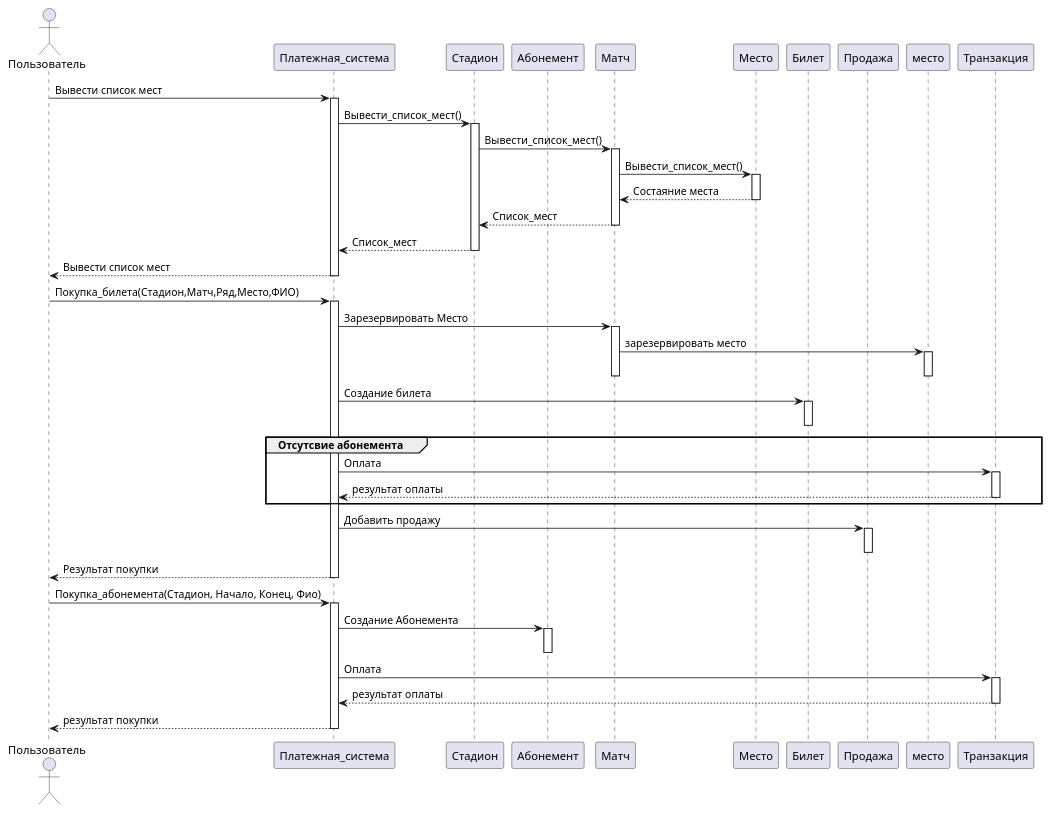
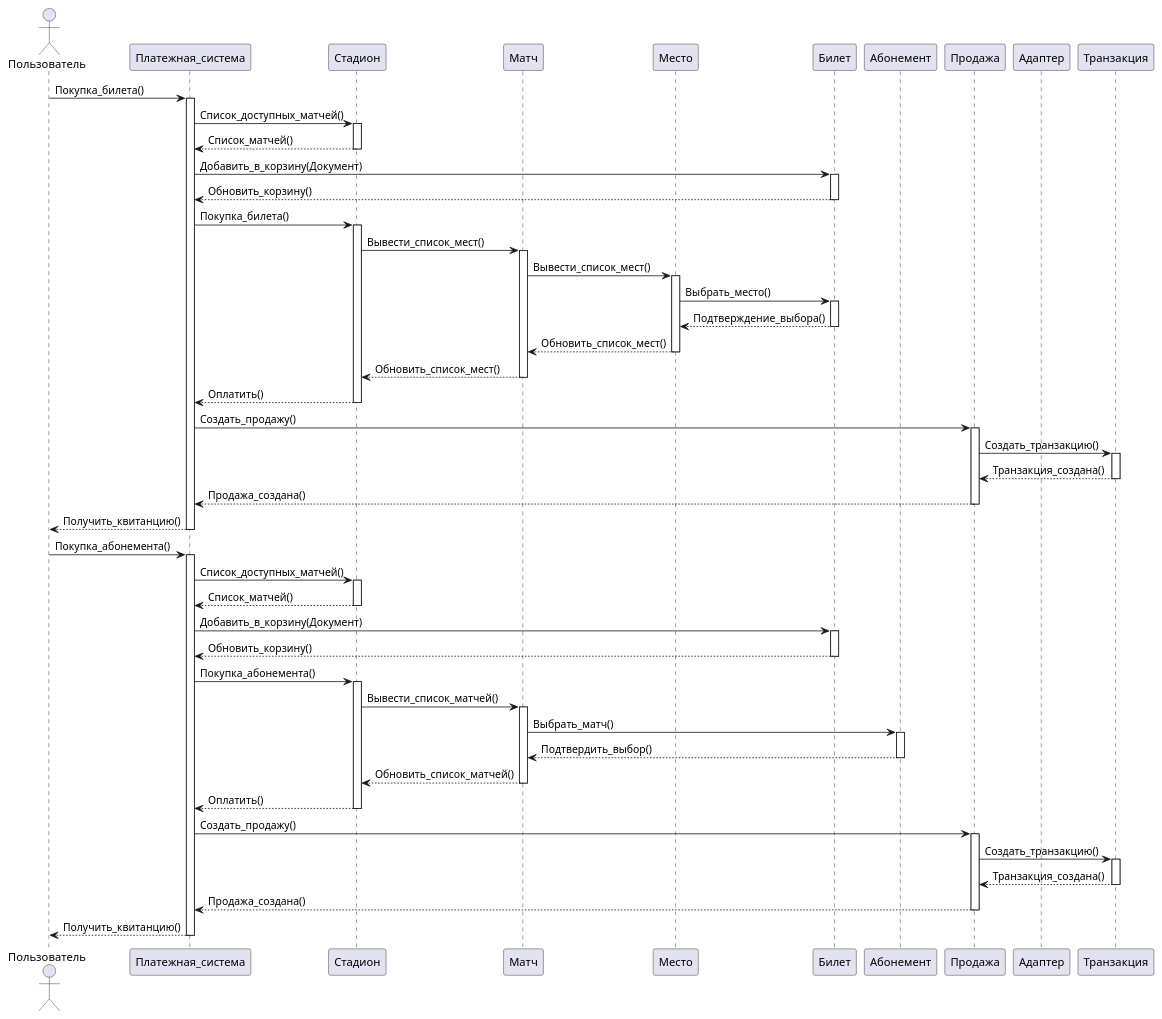
Before and after one commit to penamarth/bsbo-13-22_team3_var10: the diagram in Диаграмма последовательности.md, drawn with PlantUML. The commit also changed 1 other file, not shown here.

Commit message:
изменение классов и последовательности

````diff
--- a/Диаграмма последовательности.md
+++ b/Диаграмма последовательности.md
@@ -4,65 +4,98 @@
 actor Пользователь
 participant Платежная_система
 participant Стадион
-participant Абонемент
 participant Матч
 participant Место
 participant Билет
+participant Абонемент
 participant Продажа
+participant Адаптер
+participant Транзакция 
 
-Пользователь -> Платежная_система: Вывести список мест
+'Часть с Билетом, начало.
+
+Пользователь -> Платежная_система: Покупка_билета()
 activate Платежная_система
-Платежная_система -> Стадион: Вывести_список_мест()
+
+Платежная_система -> Стадион: Список_доступных_матчей()
+activate Стадион
+Стадион --> Платежная_система: Список_матчей()
+deactivate Стадион
+Платежная_система -> Билет: Добавить_в_корзину(Документ)
+activate Билет
+Билет --> Платежная_система: Обновить_корзину()
+deactivate Билет
+
+Платежная_система -> Стадион: Покупка_билета()
 activate Стадион
 Стадион -> Матч: Вывести_список_мест()
 activate Матч
 Матч -> Место: Вывести_список_мест()
 activate Место
-Место --> Матч: Состаяние места
+Место -> Билет: Выбрать_место()
+activate Билет
+Билет --> Место: Подтверждение_выбора()
+deactivate Билет
+Место --> Матч: Обновить_список_мест()
 deactivate Место
-Матч --> Стадион: Список_мест
+Матч --> Стадион: Обновить_список_мест()
 deactivate Матч
-Стадион --> Платежная_система: Список_мест
+Стадион --> Платежная_система: Оплатить()
 deactivate Стадион
-Платежная_система --> Пользователь: Вывести список мест
+
+Платежная_система -> Продажа: Создать_продажу()
+activate Продажа
+Продажа -> Транзакция: Создать_транзакцию()
+activate Транзакция
+Транзакция --> Продажа: Транзакция_создана()
+deactivate Транзакция
+Продажа --> Платежная_система: Продажа_создана()
+deactivate
+
+Платежная_система --> Пользователь: Получить_квитанцию()
 deactivate Платежная_система
 
-Пользователь -> Платежная_система: Покупка_билета(Стадион,Матч,Ряд,Место,ФИО)
+'Часть с Билетом, конец.
+'Часть с Абонементом, начало.
+
+Пользователь -> Платежная_система: Покупка_абонемента()
 activate Платежная_система
-Платежная_система -> Матч: Зарезервировать Место
+
+Платежная_система -> Стадион: Список_доступных_матчей()
+activate Стадион
+Стадион --> Платежная_система: Список_матчей()
+deactivate Стадион
+Платежная_система -> Билет: Добавить_в_корзину(Документ)
+activate Билет
+Билет --> Платежная_система: Обновить_корзину()
+deactivate Билет
+
+Платежная_система -> Стадион: Покупка_абонемента()
+activate Стадион
+Стадион -> Матч: Вывести_список_матчей()
 activate Матч
-Матч -> место : зарезервировать место
-activate место
+Матч -> Абонемент: Выбрать_матч()
+activate Абонемент
+Абонемент --> Матч: Подтвердить_выбор()
+deactivate Абонемент
+Матч --> Стадион: Обновить_список_матчей()
 deactivate Матч
-deactivate место
+Стадион --> Платежная_система: Оплатить()
+deactivate Стадион
 
-Платежная_система -> Билет: Создание билета
-activate Билет
-deactivate Билет
-group Отсутсвие абонемента
-Платежная_система -> Транзакция: Оплата
+Платежная_система -> Продажа: Создать_продажу()
+activate Продажа
+Продажа -> Транзакция: Создать_транзакцию()
 activate Транзакция
-Транзакция --> Платежная_система: результат оплаты
+Транзакция --> Продажа: Транзакция_создана()
 deactivate Транзакция
-end
+Продажа --> Платежная_система: Продажа_создана()
+deactivate
 
-Платежная_система -> Продажа: Добавить продажу
-activate Продажа
-deactivate Продажа
-Платежная_система --> Пользователь: Результат покупки
+Платежная_система --> Пользователь: Получить_квитанцию()
 deactivate Платежная_система
 
-Пользователь -> Платежная_система: Покупка_абонемента(Стадион, Начало, Конец, Фио)
-activate Платежная_система
-Платежная_система -> Абонемент: Создание Абонемента
-activate Абонемент
-deactivate Абонемент
-Платежная_система -> Транзакция: Оплата
-activate Транзакция
-Транзакция --> Платежная_система: результат оплаты
-deactivate Транзакция
-Платежная_система --> Пользователь: результат покупки
-deactivate Платежная_система
+'Часть с Абонементом, конец.
 
 @enduml
 ```
````
